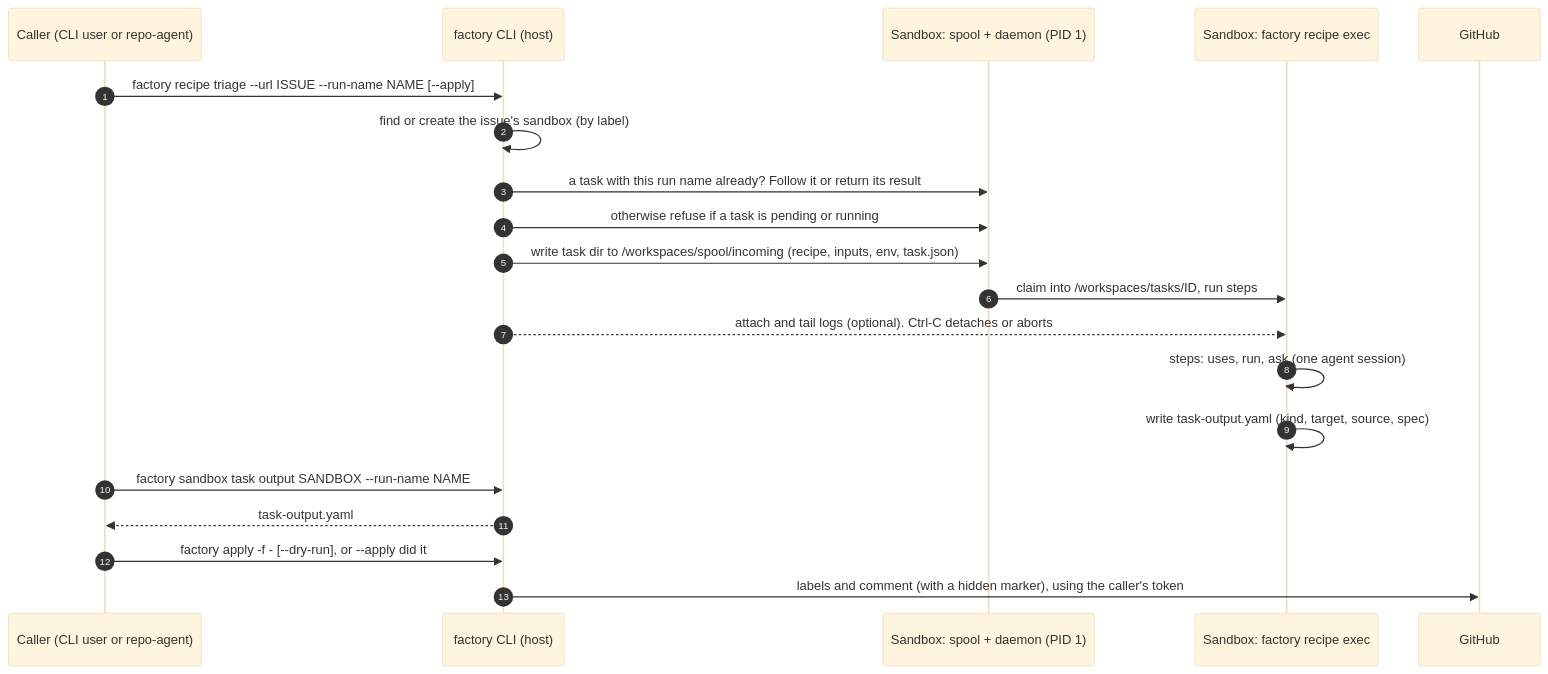
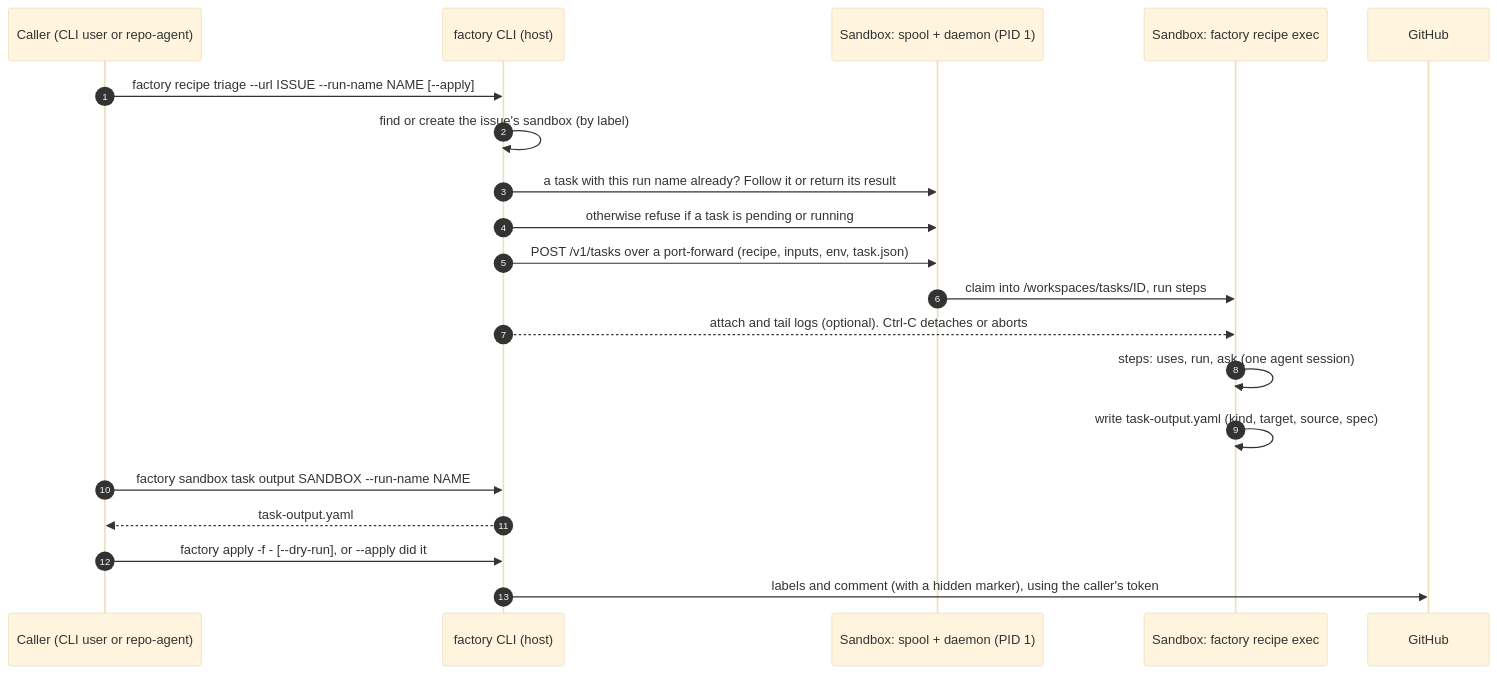
One commit to gke-labs/gemini-for-kubernetes-development changed the diagram in factory/design/task-recipes-and-outputs.md. Above: the diagram before and after it, drawn with Mermaid (base theme). The commit also changed other lines of this file and 31 other files, not shown here.

````diff
--- a/factory/design/task-recipes-and-outputs.md
+++ b/factory/design/task-recipes-and-outputs.md
@@ -23,23 +23,23 @@
 ```mermaid
 sequenceDiagram
     autonumber
     participant Caller as Caller (CLI user or repo-agent)
     participant CLI as factory CLI (host)
     participant Spool as Sandbox: spool + daemon (PID 1)
     participant Task as Sandbox: factory recipe exec
     participant GH as GitHub
 
     Caller->>CLI: factory recipe triage --url ISSUE --run-name NAME [--apply]
     CLI->>CLI: find or create the issue's sandbox (by label)
     CLI->>Spool: a task with this run name already? Follow it or return its result
     CLI->>Spool: otherwise refuse if a task is pending or running
-    CLI->>Spool: write task dir to /workspaces/spool/incoming (recipe, inputs, env, task.json)
+    CLI->>Spool: POST /v1/tasks over a port-forward (recipe, inputs, env, task.json)
     Spool->>Task: claim into /workspaces/tasks/ID, run steps
     CLI-->>Task: attach and tail logs (optional). Ctrl-C detaches or aborts
     Task->>Task: steps: uses, run, ask (one agent session)
     Task->>Task: write task-output.yaml (kind, target, source, spec)
     Caller->>CLI: factory sandbox task output SANDBOX --run-name NAME
     CLI-->>Caller: task-output.yaml
     Caller->>CLI: factory apply -f - [--dry-run], or --apply did it
     CLI->>GH: labels and comment (with a hidden marker), using the caller's token
 ```
````
